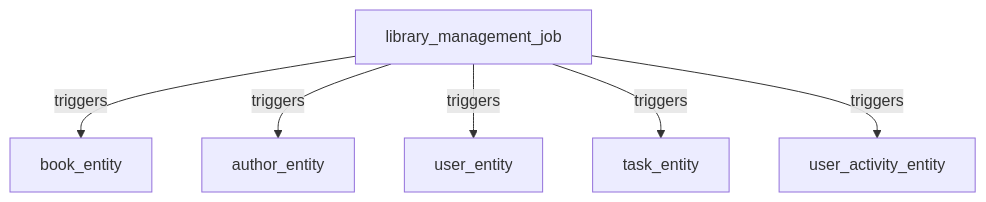
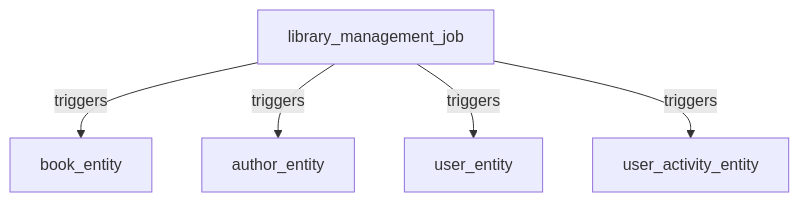
The third of 3 diagrams in entity/app_design_prd.md (Cyoda-platform/quart-client-template), drawn with Mermaid before and after one commit. The commit also changed other lines of this file, not shown here.

Commit message:
saved entity/app_design_prd.md: a0162570-da60-11ef-8df8-96187238b4bc

````diff
--- a/entity/app_design_prd.md
+++ b/entity/app_design_prd.md
@@ -103,8 +95,7 @@
 ```mermaid
 graph TD;
     A[library_management_job] -->|triggers| B[book_entity];
     A -->|triggers| C[author_entity];
     A -->|triggers| D[user_entity];
-    A -->|triggers| E[task_entity];
-    A -->|triggers| F[user_activity_entity];
+    A -->|triggers| E[user_activity_entity];
 ```
````
